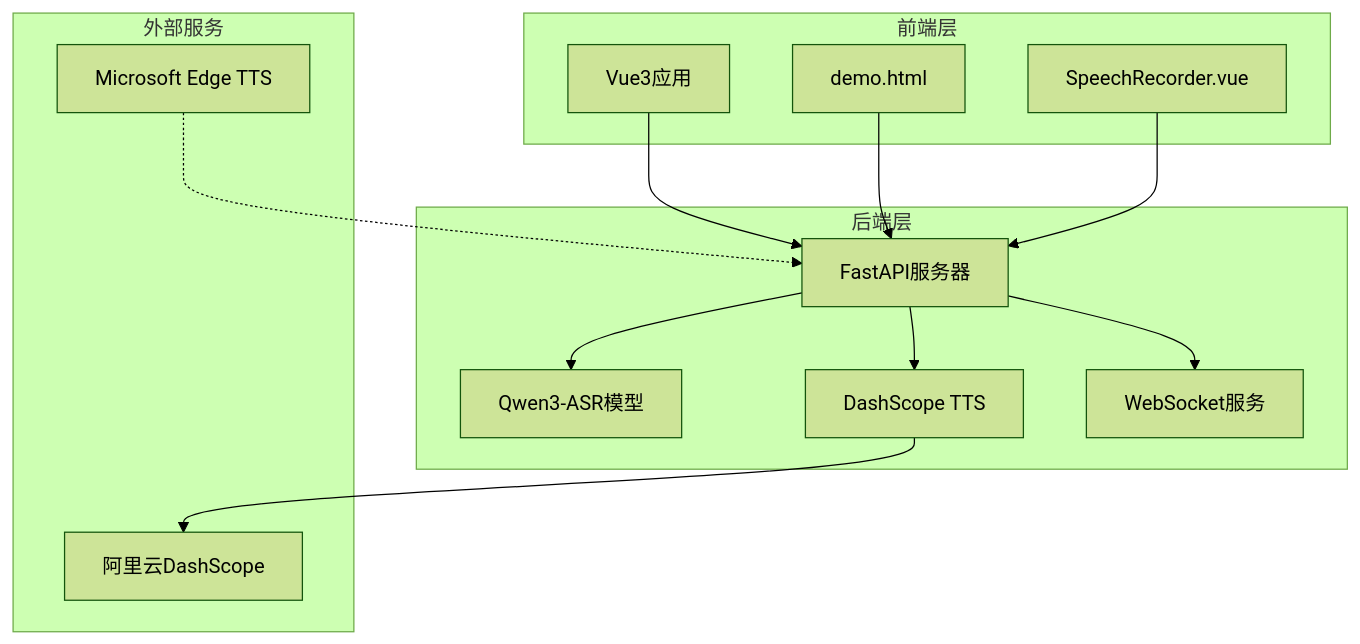
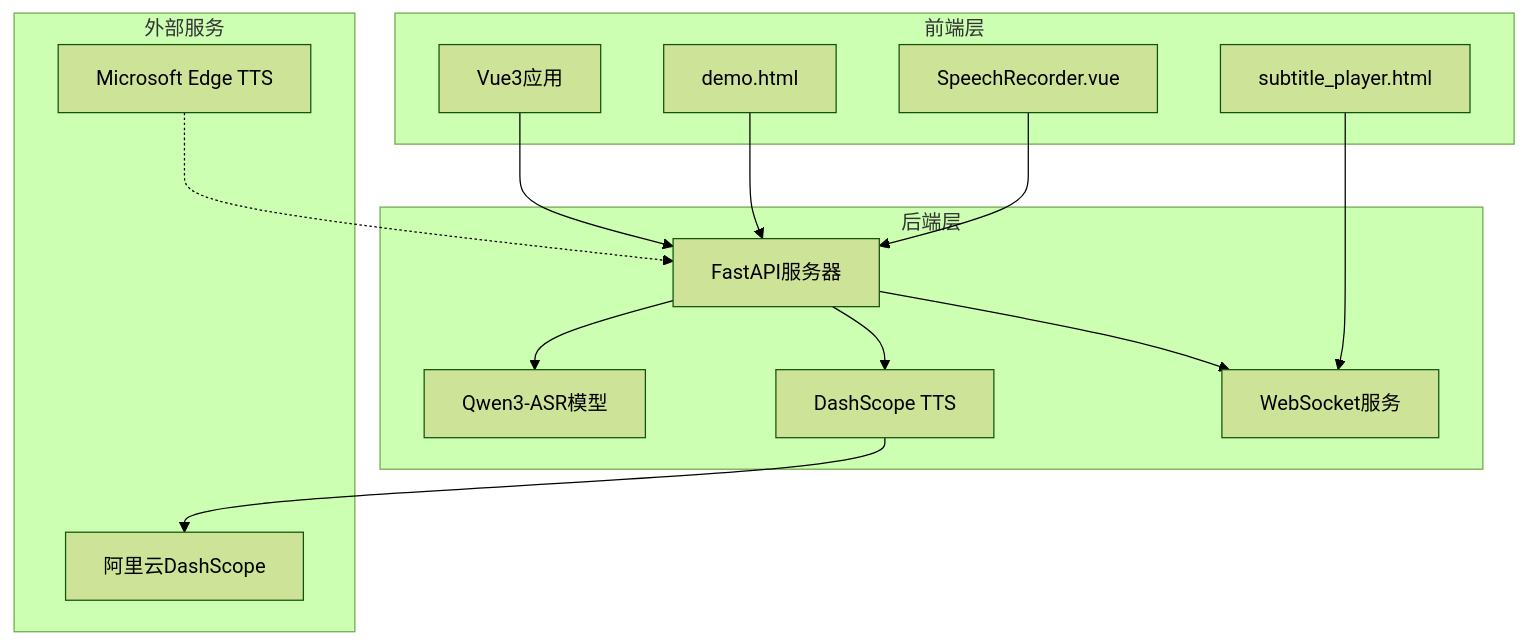
The first of 10 diagrams in .qoder/repowiki/zh/content/前端组件集成/API集成指南.md (1024dashen/Vue3Speech), drawn with Mermaid (forest theme) before and after one commit. The commit also changed other lines of this file and 7 other files, not shown here.

````diff
--- a/.qoder/repowiki/zh/content/前端组件集成/API集成指南.md
+++ b/.qoder/repowiki/zh/content/前端组件集成/API集成指南.md
@@ -35,26 +45,28 @@
 ```mermaid
 graph TB
 subgraph "前端层"
 Vue[Vue3应用]
 Demo[demo.html]
 Recorder[SpeechRecorder.vue]
+SubtitlePlayer[subtitle_player.html]
 end
 subgraph "后端层"
 FastAPI[FastAPI服务器]
 ASR[Qwen3-ASR模型]
 TTS[DashScope TTS]
 WebSocket[WebSocket服务]
 end
 subgraph "外部服务"
 DashScope[阿里云DashScope]
 EdgeTTS[Microsoft Edge TTS]
 end
 Vue --> FastAPI
 Demo --> FastAPI
 Recorder --> FastAPI
+SubtitlePlayer --> WebSocket
 FastAPI --> ASR
 FastAPI --> TTS
 FastAPI --> WebSocket
 TTS --> DashScope
 EdgeTTS -.-> FastAPI
 ```
````
